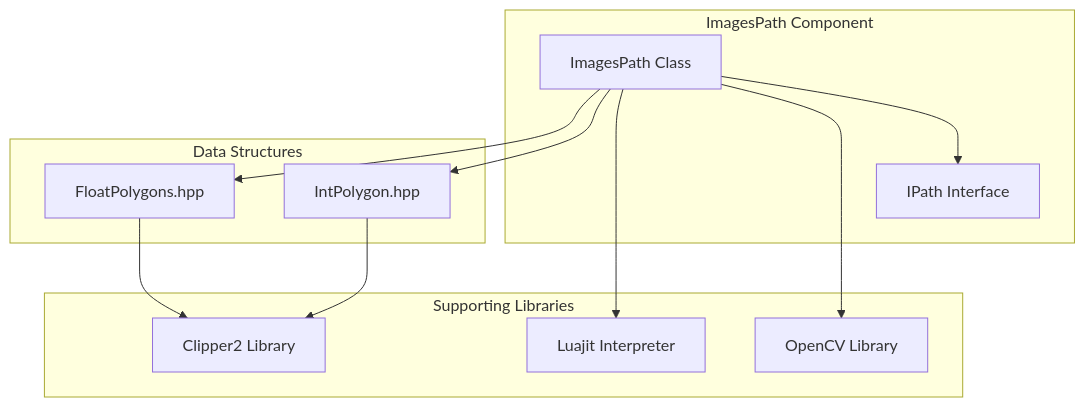
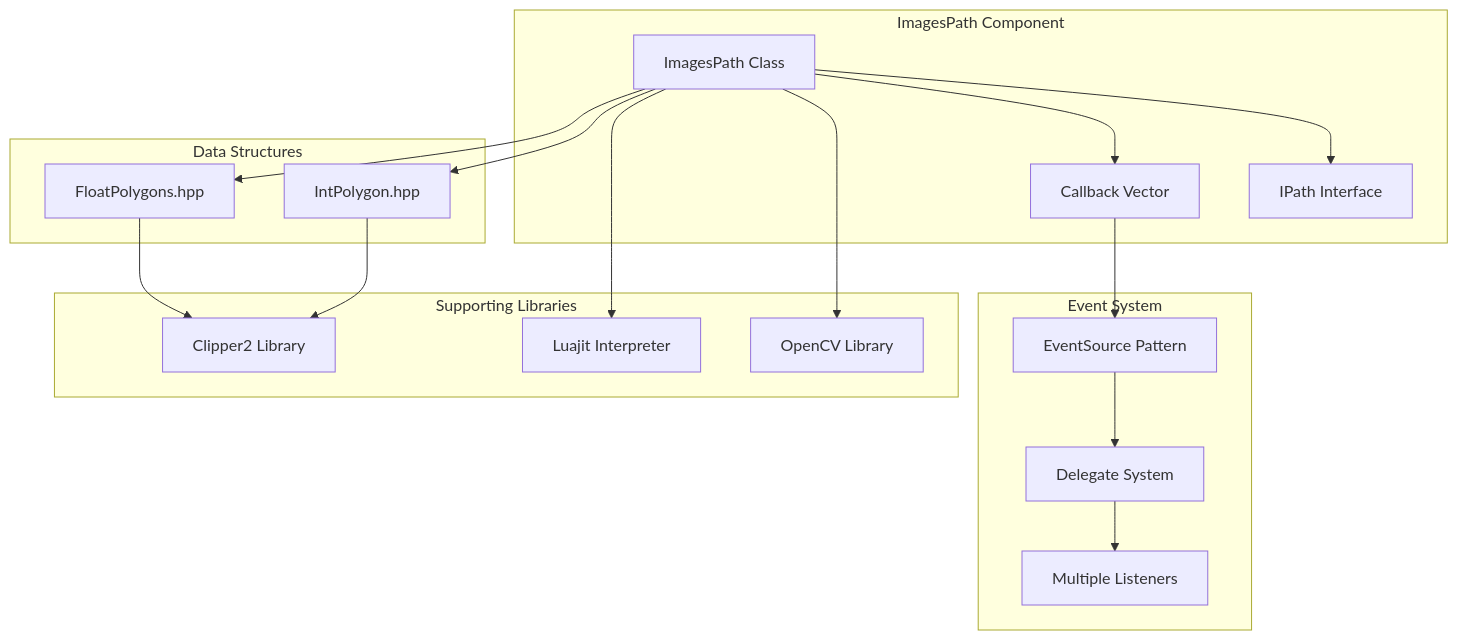
Before and after one commit to hsmbanlance/HsBaSlicer: the first of 4 diagrams in .qoder/repowiki/en/content/Path Generation/Images Path.md, drawn with Mermaid. The commit also changed other lines of this file and 14 other files, not shown here.

````diff
--- a/.qoder/repowiki/en/content/Path Generation/Images Path.md
+++ b/.qoder/repowiki/en/content/Path Generation/Images Path.md
@@ -47,23 +62,33 @@
 ```mermaid
 graph TB
 subgraph "ImagesPath Component"
 ImagesPath[ImagesPath Class]
 IPath[IPath Interface]
+Callbacks[Callback Vector]
+end
+subgraph "Event System"
+EventSource[EventSource Pattern]
+Delegate[Delegate System]
+MultipleListeners[Multiple Listeners]
 end
 subgraph "Supporting Libraries"
 OpenCV[OpenCV Library]
 Clipper2[Clipper2 Library]
 Lua[Luajit Interpreter]
 end
 subgraph "Data Structures"
 IntPolygon[IntPolygon.hpp]
 FloatPolygons[FloatPolygons.hpp]
 end
 ImagesPath --> IPath
+ImagesPath --> Callbacks
+Callbacks --> EventSource
+EventSource --> Delegate
+Delegate --> MultipleListeners
 ImagesPath --> OpenCV
 ImagesPath --> Lua
 ImagesPath --> IntPolygon
 ImagesPath --> FloatPolygons
 IntPolygon --> Clipper2
 FloatPolygons --> Clipper2
 ```
````
